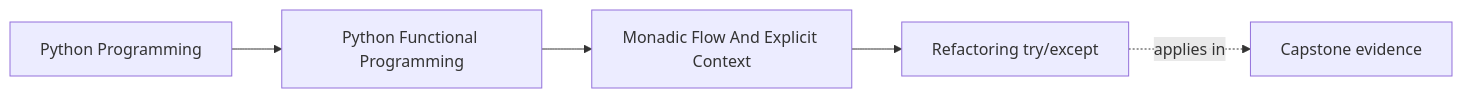
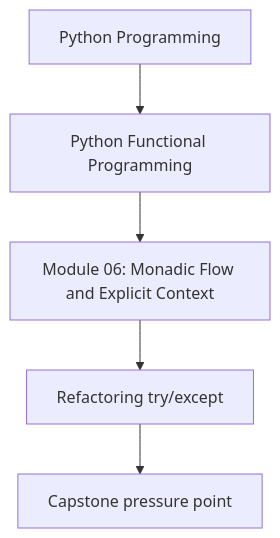
One commit to bijux/bijux-masterclass changed the first of 2 diagrams in programs/python-programming/python-functional-programming/course-book/module-06-monadic-flow-and-explicit-context/refactoring-try-except.md. Above: the diagram before and after it, drawn with Mermaid. The commit also changed other lines of this file and 118 other files, not shown here.

Commit message:
docs(python-functional-programming): align concept page diagrams

````diff
--- a/programs/python-programming/python-functional-programming/course-book/module-06-monadic-flow-and-explicit-context/refactoring-try-except.md
+++ b/programs/python-programming/python-functional-programming/course-book/module-06-monadic-flow-and-explicit-context/refactoring-try-except.md
@@ -7,11 +7,7 @@
 ```mermaid
-graph LR
-  family["Python Programming"]
-  program["Python Functional Programming"]
-  section["Monadic Flow And Explicit Context"]
-  page["Refactoring try/except"]
-  capstone["Capstone evidence"]
-
-  family --> program --> section --> page
-  page -.applies in.-> capstone
+flowchart TD
+  family["Python Programming"] --> program["Python Functional Programming"]
+  program --> module["Module 06: Monadic Flow and Explicit Context"]
+  module --> concept["Refactoring try/except"]
+  concept --> capstone["Capstone pressure point"]
 ```
````
